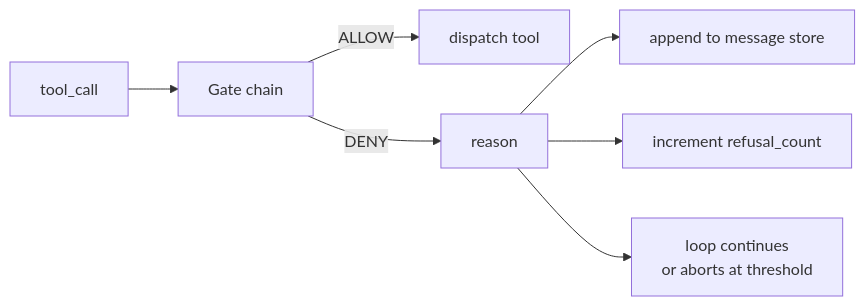
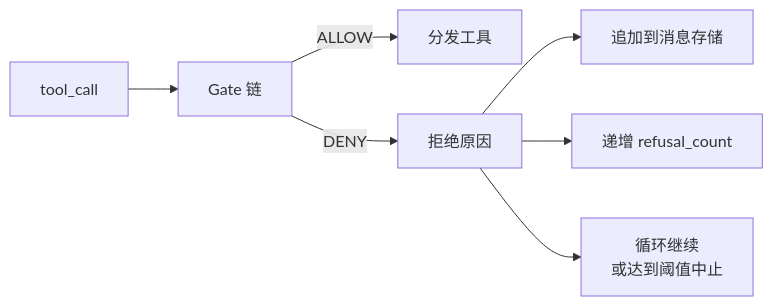
Before and after one commit to alessandrodinisio-ai/ai-engineering-learning-framework: the first of 2 diagrams in phases/19-capstone-projects/25-verification-gates-observation-budget/docs/zh.md, drawn with Mermaid. The commit also changed other lines of this file and 120 other files, not shown here.

First line of the commit message:
i18n(mermaid): 337 个 mermaid 图表标签中文化

````diff
--- a/phases/19-capstone-projects/25-verification-gates-observation-budget/docs/zh.md
+++ b/phases/19-capstone-projects/25-verification-gates-observation-budget/docs/zh.md
@@ -32,9 +32,9 @@
 ```mermaid
 flowchart LR
-  Call[tool_call] --> Chain[Gate chain]
-  Chain -->|ALLOW| Dispatch[dispatch tool]
-  Chain -->|DENY| Reason[reason]
-  Reason --> Store[append to message store]
-  Reason --> Refusal[increment refusal_count]
-  Reason --> Loop[loop continues<br/>or aborts at threshold]
+  Call[tool_call] --> Chain[Gate 链]
+  Chain -->|ALLOW| Dispatch[分发工具]
+  Chain -->|DENY| Reason[拒绝原因]
+  Reason --> Store[追加到消息存储]
+  Reason --> Refusal[递增 refusal_count]
+  Reason --> Loop[循环继续<br/>或达到阈值中止]
 ```
````
